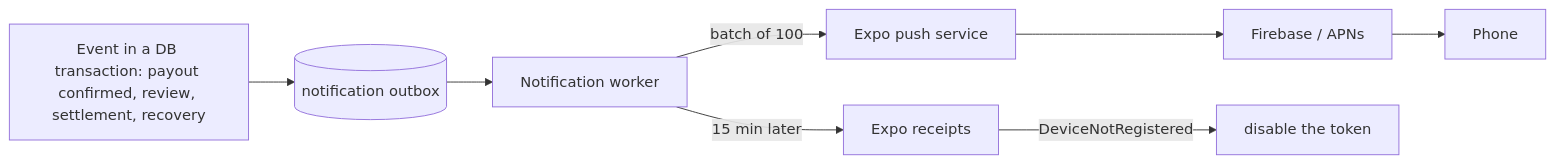
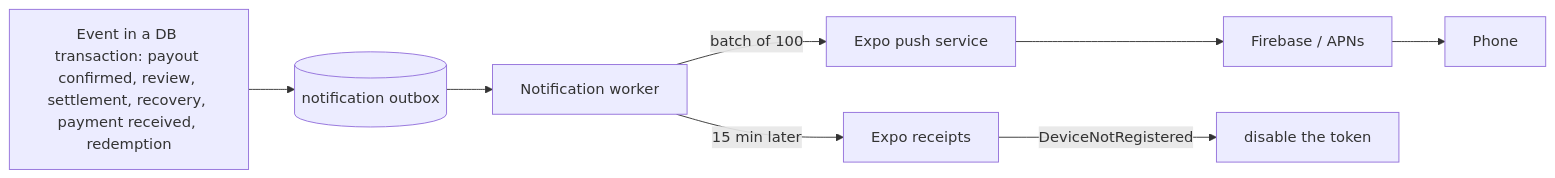
One commit to diegowritescode/zyrcle changed diagram 13 of 14 in docs/flows.md. Above: the diagram before and after it, drawn with Mermaid. The commit also changed other lines of this file and 26 other files, not shown here.

````diff
--- a/docs/flows.md
+++ b/docs/flows.md
@@ -282,9 +447,9 @@
 ```mermaid
 flowchart LR
-    E[Event in a DB transaction: payout confirmed, review, settlement, recovery] --> O[(notification outbox)]
+    E[Event in a DB transaction: payout confirmed, review, settlement, recovery, payment received, redemption] --> O[(notification outbox)]
     O --> W[Notification worker]
     W -->|batch of 100| X[Expo push service]
     X --> F[Firebase / APNs] --> Ph[Phone]
     W -->|15 min later| R[Expo receipts]
     R -->|DeviceNotRegistered| D[disable the token]
 ```
````
